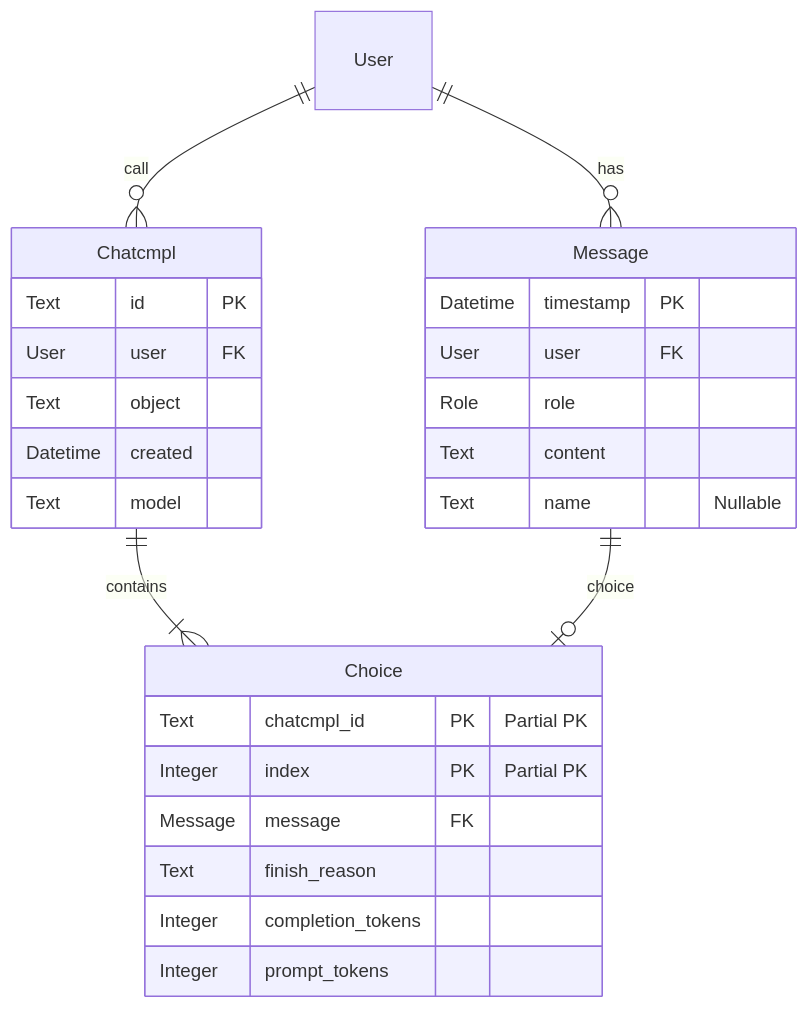
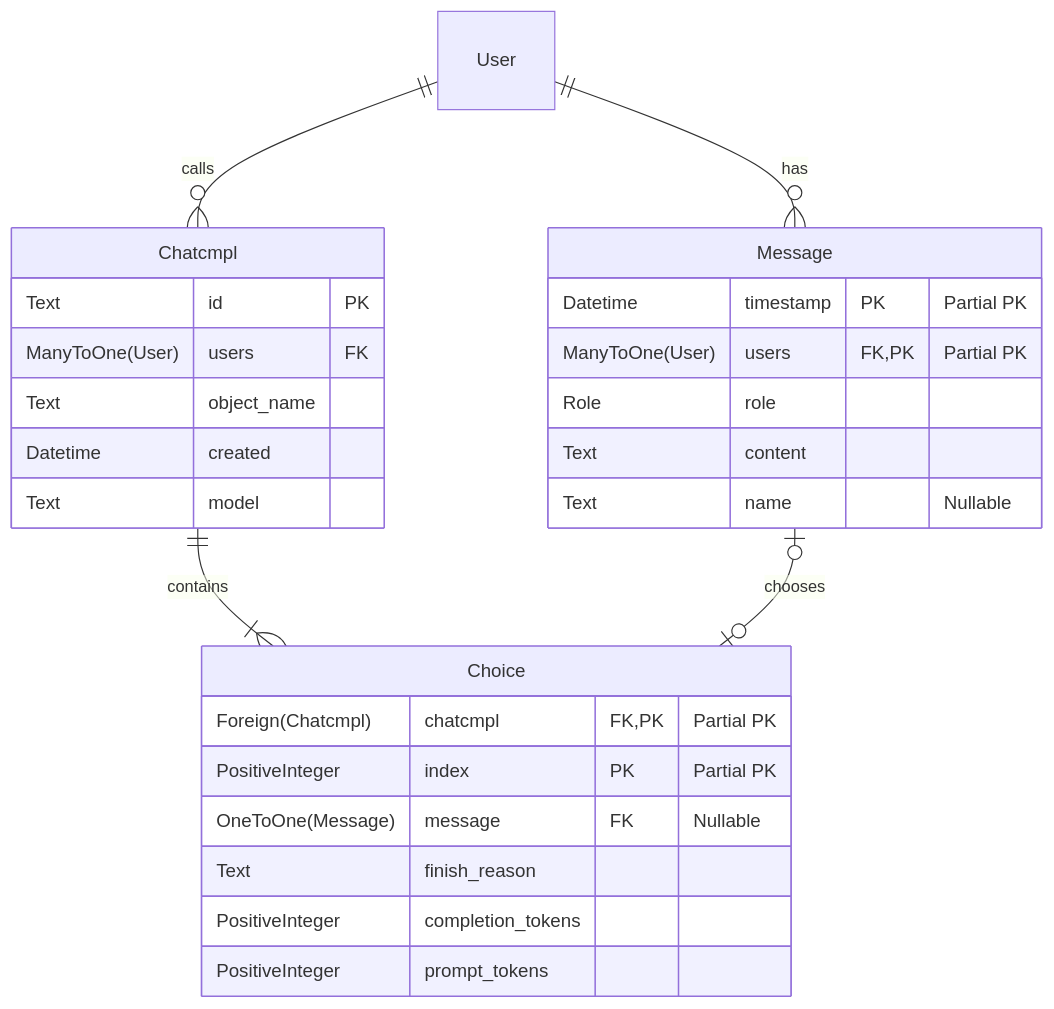
One commit to LioQing/verbose-adventure changed the diagram in README.md. Above: the diagram before and after it, drawn with Mermaid. The commit also changed 22 other files, not shown here.

````diff
--- a/README.md
+++ b/README.md
@@ -7,35 +7,35 @@
 ```mermaid
 erDiagram
     Message {
-        Datetime timestamp PK
-        User user FK
+        Datetime timestamp PK "Partial PK"
+        ManyToOne(User) users FK,PK "Partial PK"
         Role role
         Text content
         Text name "Nullable"
     }
 
     Chatcmpl {
         Text id PK
-        User user FK
-        Text object
+        ManyToOne(User) users FK
+        Text object_name
         Datetime created
         Text model
     }
 
     Choice {
-        Text chatcmpl_id PK "Partial PK"
-        Integer index PK "Partial PK"
-        Message message FK
+        Foreign(Chatcmpl) chatcmpl FK,PK "Partial PK"
+        PositiveInteger index PK "Partial PK"
+        OneToOne(Message) message FK "Nullable"
         Text finish_reason
-        Integer completion_tokens
-        Integer prompt_tokens
+        PositiveInteger completion_tokens
+        PositiveInteger prompt_tokens
     }
 
     User ||--o{ Message : has
 
-    User ||--o{ Chatcmpl : call
+    User ||--o{ Chatcmpl : calls
 
     Chatcmpl ||--|{ Choice : contains
 
-    Message ||--o| Choice : choice
+    Message |o--o| Choice : chooses
 ```
````
